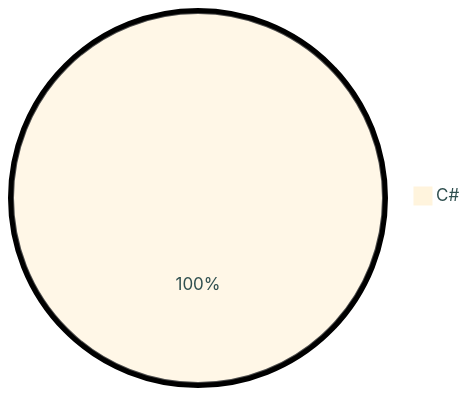
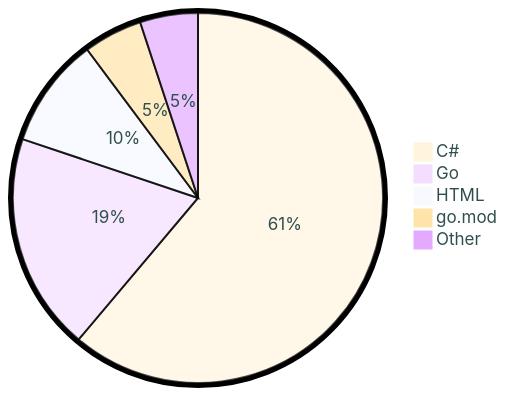
The diagram in README.md (tot0p/tot0p), drawn with Mermaid before and after one commit. The commit also changed other lines of this file, not shown here.

````diff
--- a/README.md
+++ b/README.md
@@ -66,5 +73,9 @@
 ```mermaid
 %%{init: {"pie": {"textPosition": 0.5}, "themeVariables": {"pieOuterStrokeWidth": "5px","primaryTextColor" : "#2F4F4F"},"theme":"base"} }%%
 pie
-	"C#": 100.0
+	"C#": 61.16
+	"Go": 19.0
+	"HTML": 9.64
+	"go.mod": 5.15
+	"Other": 5.06
 ```
````
